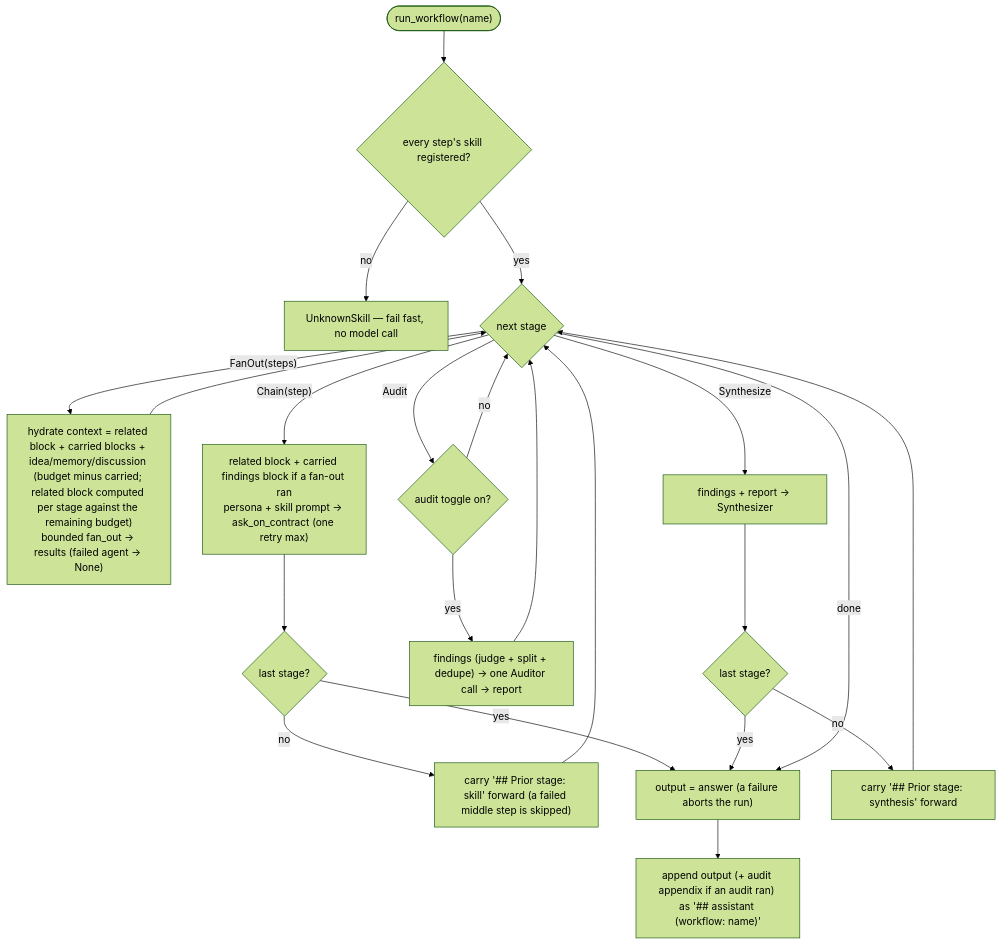
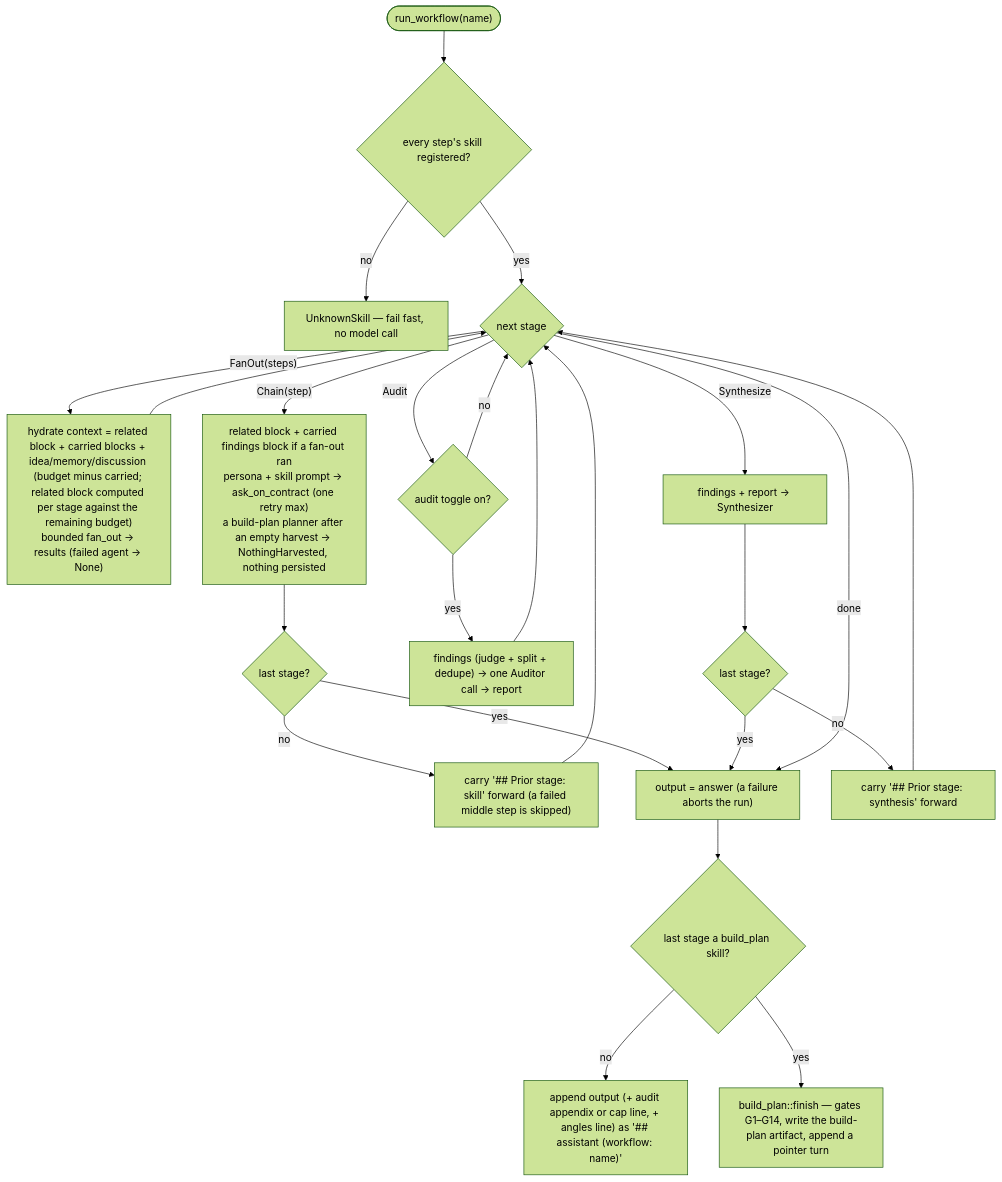
One commit to jasdian/idea-vault changed the second of 2 diagrams in docs/06-concepts/workflows.md. Above: the diagram before and after it, drawn with Mermaid (forest theme). The commit also changed other lines of this file and 7 other files, not shown here.

````diff
--- a/docs/06-concepts/workflows.md
+++ b/docs/06-concepts/workflows.md
@@ -69,22 +69,24 @@
 ```mermaid
 flowchart TD
     START(["run_workflow(name)"]) --> CHECK{"every step's skill registered?"}
     CHECK -->|no| UNK["UnknownSkill — fail fast, no model call"]
     CHECK -->|yes| NEXT{"next stage"}
 
     NEXT -->|"FanOut(steps)"| FO["hydrate context = related block + carried blocks + idea/memory/discussion (budget minus carried; related block computed per stage against the remaining budget)<br/>bounded fan_out → results (failed agent → None)"]
     FO --> NEXT
-    NEXT -->|"Chain(step)"| CH["related block + carried findings block if a fan-out ran<br/>persona + skill prompt → ask_on_contract (one retry max)"]
+    NEXT -->|"Chain(step)"| CH["related block + carried findings block if a fan-out ran<br/>persona + skill prompt → ask_on_contract (one retry max)<br/>a build-plan planner after an empty harvest → NothingHarvested, nothing persisted"]
     CH --> LASTC{"last stage?"}
     LASTC -->|"no"| CARRY["carry '## Prior stage: skill' forward (a failed middle step is skipped)"] --> NEXT
     LASTC -->|"yes"| OUT["output = answer (a failure aborts the run)"]
     NEXT -->|"Audit"| AUD{"audit toggle on?"}
     AUD -->|"no"| NEXT
     AUD -->|"yes"| AU["findings (judge + split + dedupe) → one Auditor call → report"] --> NEXT
     NEXT -->|"Synthesize"| SY["findings + report → Synthesizer"]
     SY --> LASTS{"last stage?"}
     LASTS -->|"no"| CARRY2["carry '## Prior stage: synthesis' forward"] --> NEXT
     LASTS -->|"yes"| OUT
     NEXT -->|"done"| OUT
-    OUT --> PERSIST["append output (+ audit appendix if an audit ran) as '## assistant (workflow: name)'"]
+    OUT --> PLAN{"last stage a build_plan skill?"}
+    PLAN -->|"no"| PERSIST["append output (+ audit appendix or cap line, + angles line) as '## assistant (workflow: name)'"]
+    PLAN -->|"yes"| FINISH["build_plan::finish — gates G1–G14, write the build-plan artifact, append a pointer turn"]
 ```
````
